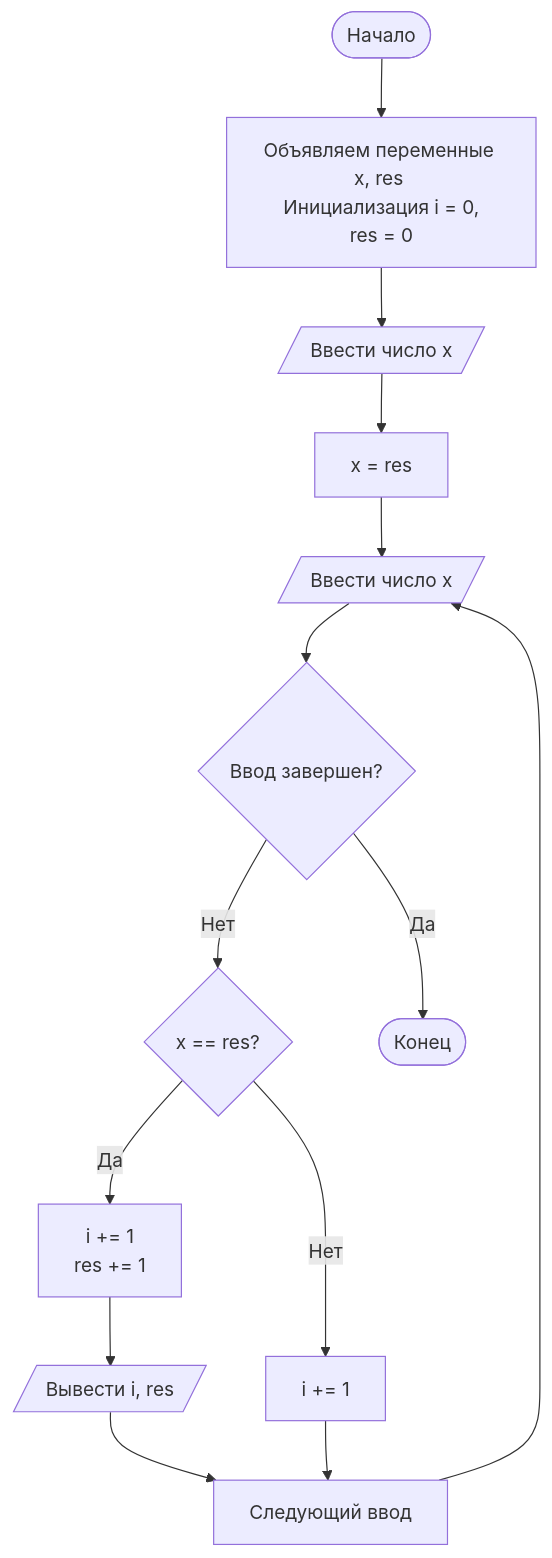
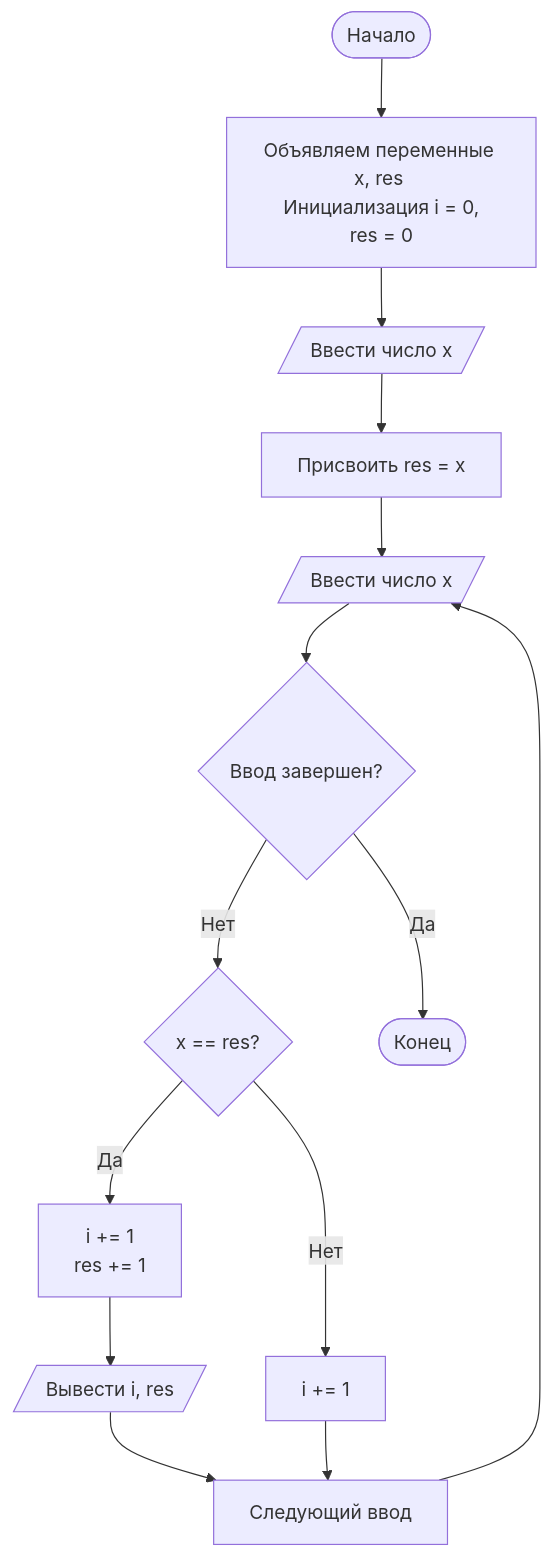
One commit to Krastti/Homework-C changed the seventh of 11 diagrams in README.md. Above: the diagram before and after it, drawn with Mermaid. The commit also changed other lines of this file, not shown here.

````diff
--- a/README.md
+++ b/README.md
@@ -109,16 +109,16 @@
 ``` mermaid
 flowchart TD
     A([Начало]) --> B[Объявляем переменные x, res <br> Инициализация i = 0, res = 0]
     B --> C[/Ввести число x/]
-    C --> D[x = res]
+    C --> D[Присвоить res = x]
     D --> F[/Ввести число x/]
     F --> G{Ввод завершен?}
     G -- Нет --> H{x == res?}
     H -- Да --> I[i += 1 <br> res += 1]
     I --> L[/Вывести i, res/]
     L --> J
     H -- Нет --> K[i += 1]
     K --> J[Следующий ввод]
     J --> F
     G -- Да --> M([Конец])
 ```
````
